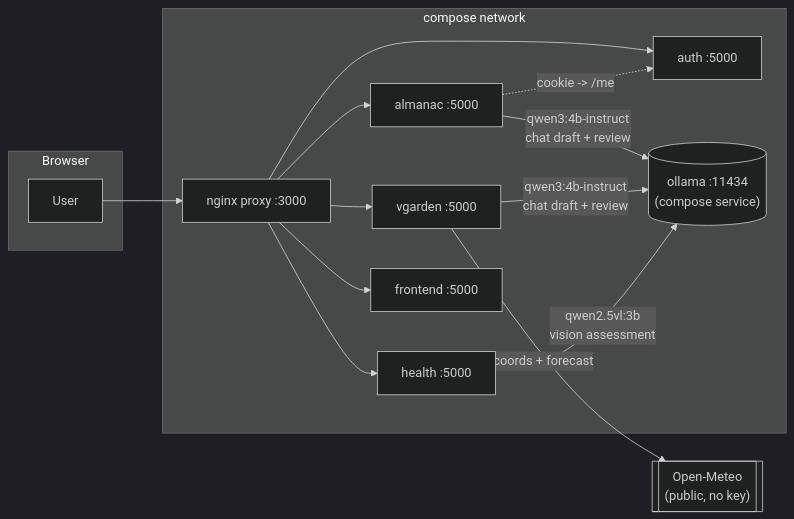
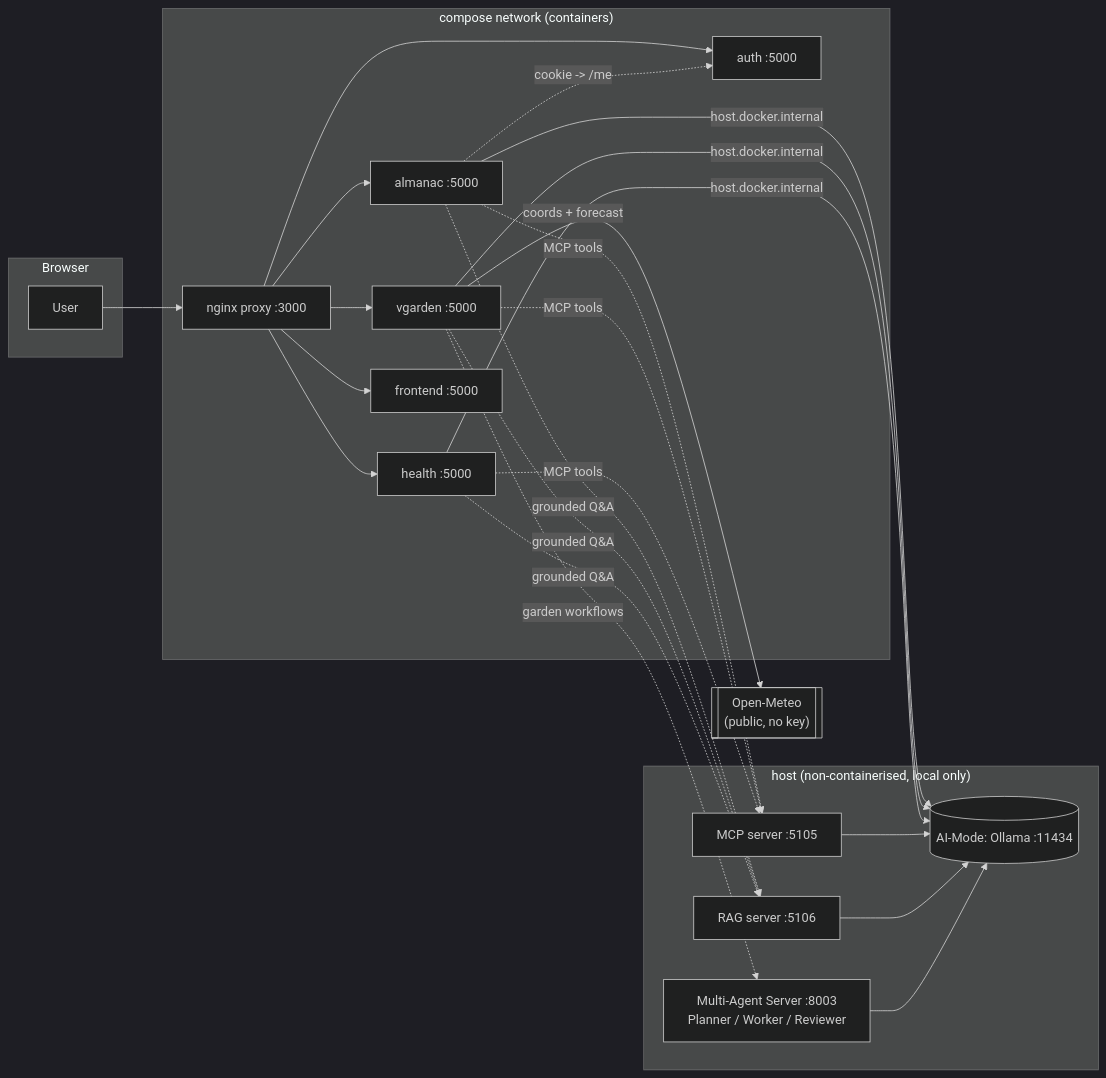
The first of 2 diagrams in docs/ai/architecture.md (Bageutter/Plant-Management-System), drawn with Mermaid (dark theme) before and after one commit. The commit also changed other lines of this file and 33 other files, not shown here.

First line of the commit message:
feat: Release 2 agentic-loop review modes, pre-commit and local deployment evidence

````diff
--- a/docs/ai/architecture.md
+++ b/docs/ai/architecture.md
@@ -20,26 +20,34 @@
 ```mermaid
 flowchart LR
     subgraph Browser
         U[User]
     end
 
-    subgraph "compose network"
+    subgraph "compose network (containers)"
         P[nginx proxy :3000]
         A[almanac :5000]
         V[vgarden :5000]
         H[health :5000]
         AU[auth :5000]
         F[frontend :5000]
-        O[("ollama :11434\n(compose service)")]
+    end
+
+    subgraph "host (non-containerised, local only)"
+        O[("AI-Mode: Ollama :11434")]
+        MCP["MCP server :5105"]
+        RAG["RAG server :5106"]
+        MAS["Multi-Agent Server :8003<br/>Planner / Worker / Reviewer"]
     end
 
     OM[["Open-Meteo\n(public, no key)"]]
 
     U --> P
     P --> F & AU & A & V & H
-    A -- "qwen3:4b-instruct\nchat draft + review" --> O
-    V -- "qwen3:4b-instruct\nchat draft + review" --> O
-    H -- "qwen2.5vl:3b\nvision assessment" --> O
+    A & V & H -- "host.docker.internal" --> O
+    A & V & H -. "MCP tools" .-> MCP
+    A & V & H -. "grounded Q&A" .-> RAG
+    V -. "garden workflows" .-> MAS
+    MCP & RAG & MAS --> O
     V -- "coords + forecast" --> OM
     A -. "cookie -> /me" .-> AU
 ```
````
